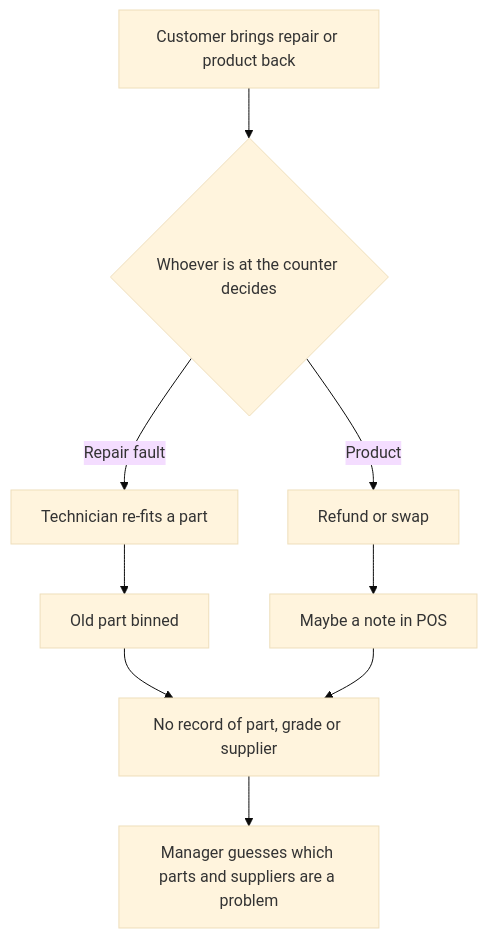
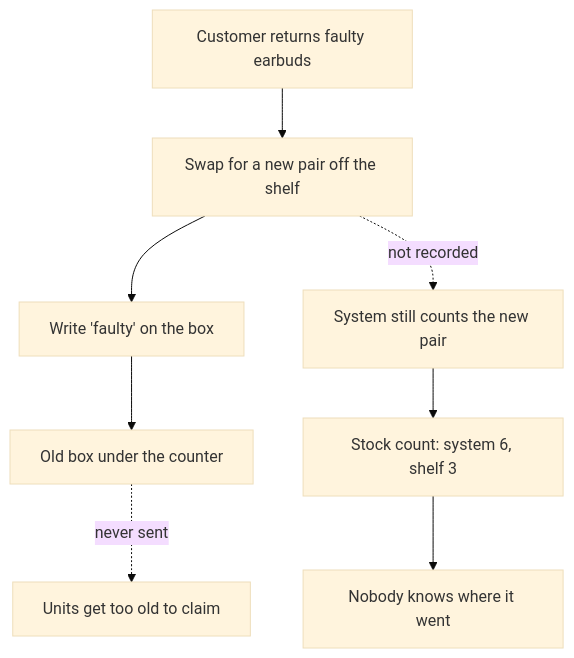
Before and after one commit to sanjayprakash-git/returns-tracker: the second of 3 diagrams in docs/requirements.md, drawn with Mermaid (base theme). The commit also changed other lines of this file and 16 other files, not shown here.

Commit message:
Docs, screenshots and KPI polish for the faulty stock rebuild

````diff
--- a/docs/requirements.md
+++ b/docs/requirements.md
@@ -234,11 +211,10 @@
 ```mermaid
 flowchart TD
-    A[Customer brings repair or product back] --> B{Whoever is at the counter decides}
-    B -->|Repair fault| C[Technician re-fits a part]
-    B -->|Product| D[Refund or swap]
-    C --> E[Old part binned]
-    D --> F[Maybe a note in POS]
-    E --> G[No record of part, grade or supplier]
-    F --> G
-    G --> H[Manager guesses which parts and suppliers are a problem]
+    A[Customer returns faulty earbuds] --> B[Swap for a new pair off the shelf]
+    B --> C[Write 'faulty' on the box]
+    C --> D[Old box under the counter]
+    B -.->|not recorded| E[System still counts the new pair]
+    D -.->|never sent| F[Units get too old to claim]
+    E --> G[Stock count: system 6, shelf 3]
+    G --> H[Nobody knows where it went]
 ```
````
